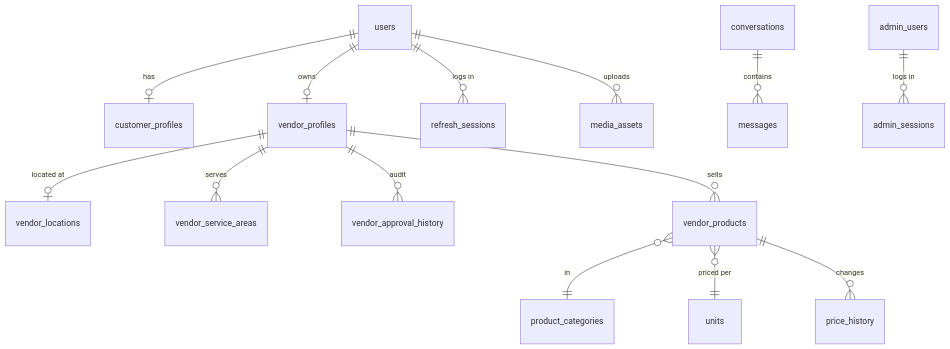
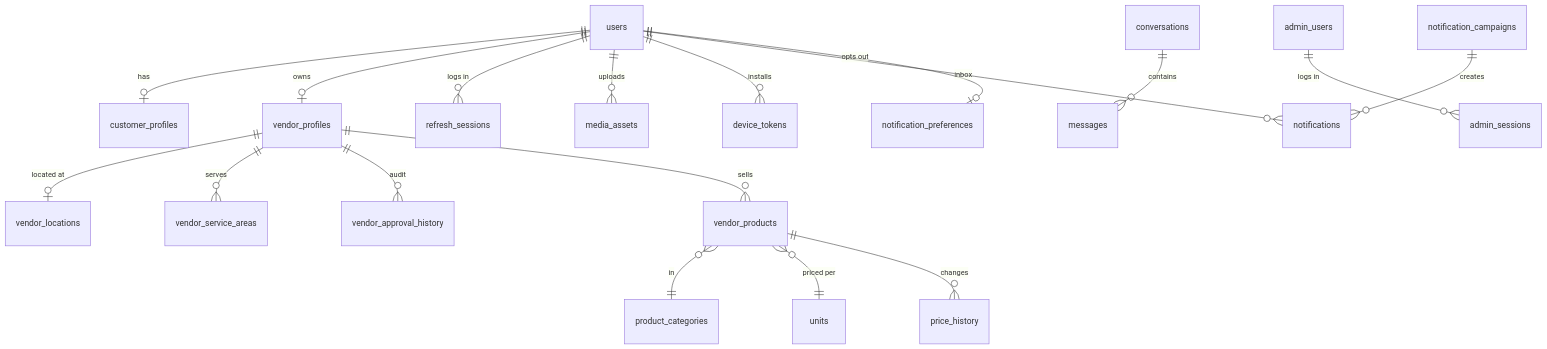
Before and after one commit to arvind3690/milkore_backend: the diagram in docs/DATABASE_SCHEMA.md, drawn with Mermaid. The commit also changed other lines of this file and 35 other files, not shown here.

First line of the commit message:
feat: push notifications (FCM), inbox, preferences and admin campaigns

````diff
--- a/docs/DATABASE_SCHEMA.md
+++ b/docs/DATABASE_SCHEMA.md
@@ -16,16 +17,20 @@
 ```mermaid
 erDiagram
   users ||--o| customer_profiles : has
   users ||--o| vendor_profiles : owns
   users ||--o{ refresh_sessions : "logs in"
   users ||--o{ media_assets : uploads
   vendor_profiles ||--o| vendor_locations : "located at"
   vendor_profiles ||--o{ vendor_service_areas : serves
   vendor_profiles ||--o{ vendor_approval_history : audit
   vendor_profiles ||--o{ vendor_products : sells
   vendor_products }o--|| product_categories : in
   vendor_products }o--|| units : "priced per"
   vendor_products ||--o{ price_history : changes
   conversations ||--o{ messages : contains
   admin_users ||--o{ admin_sessions : "logs in"
+  users ||--o{ device_tokens : "installs"
+  users ||--o{ notifications : inbox
+  users ||--o| notification_preferences : "opts out"
+  notification_campaigns ||--o{ notifications : creates
 ```
````
